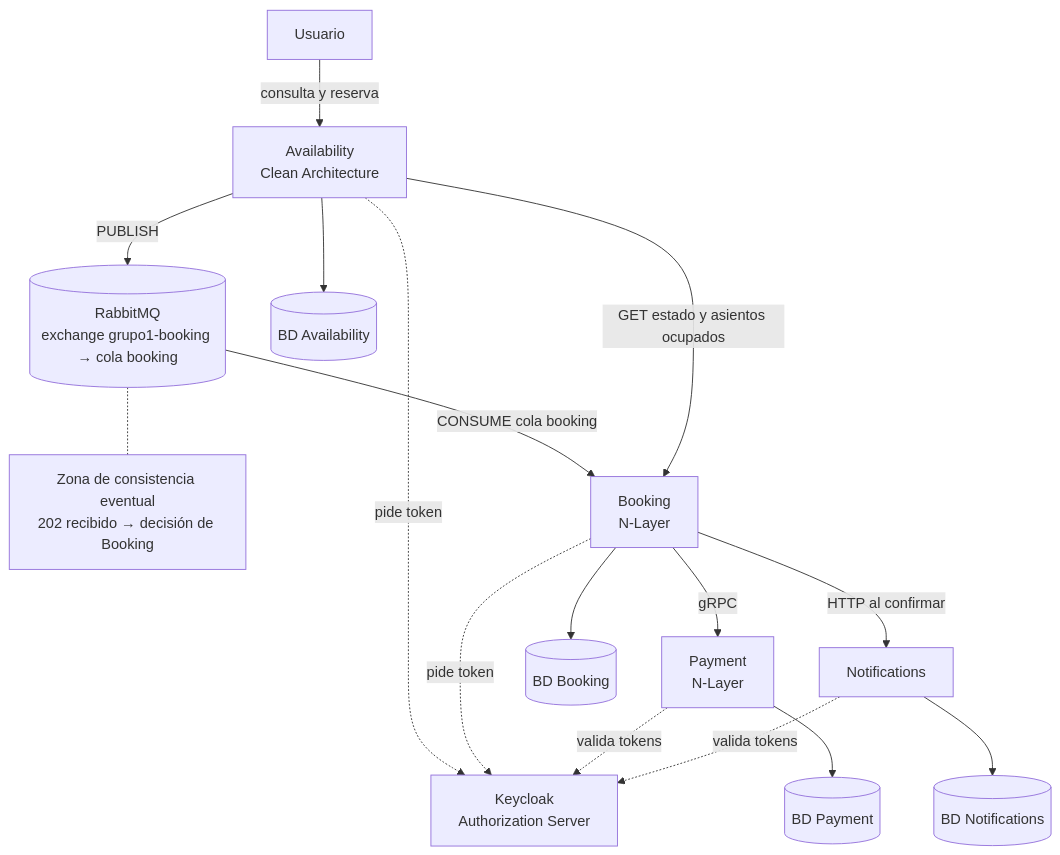
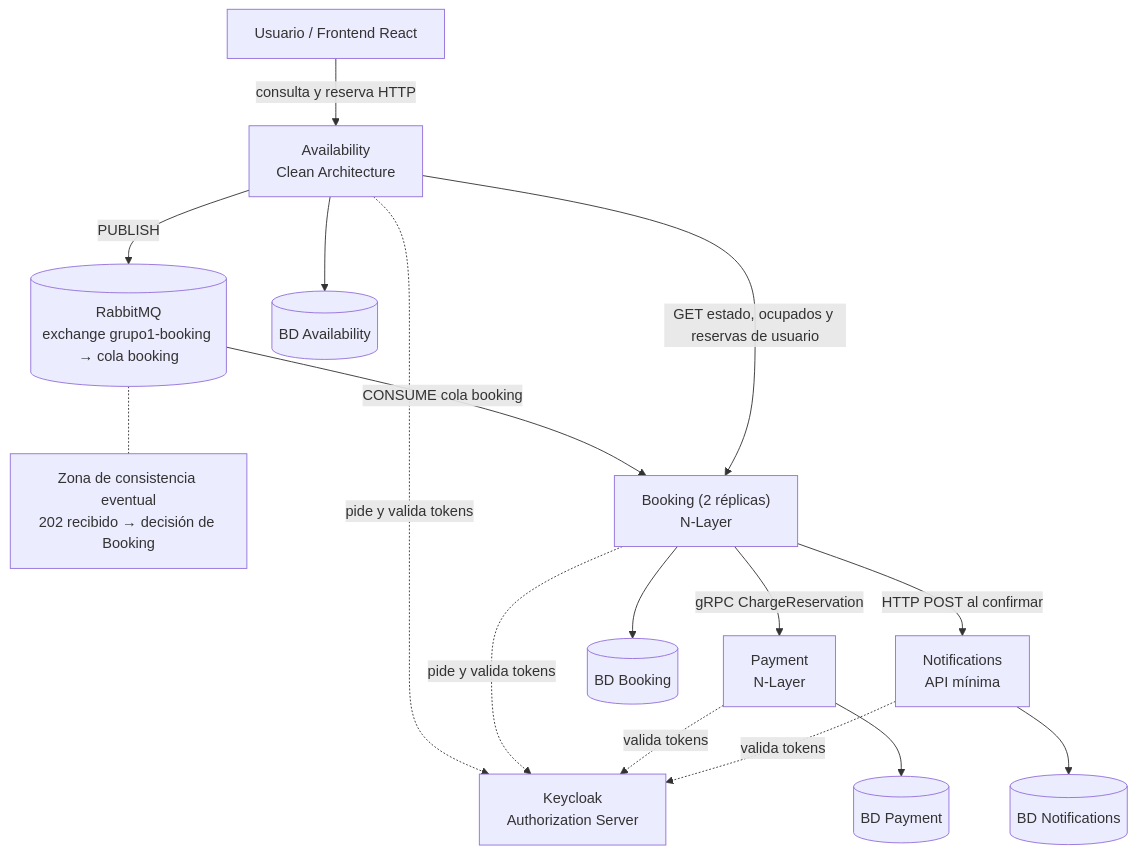
The diagram in seat-reservation/README.md (IgnacioKobylanski/ProgramacionIV-TP-Grupo-I), drawn with Mermaid before and after one commit. The commit also changed other lines of this file, not shown here.

````diff
--- a/seat-reservation/README.md
+++ b/seat-reservation/README.md
@@ -9,20 +9,18 @@
 ```mermaid
-
 graph TD
-    U["Usuario"] -->|consulta y reserva| A["Availability<br/>Clean Architecture"]
+    U["Usuario / Frontend React"] -->|consulta y reserva HTTP| A["Availability<br/>Clean Architecture"]
     A -->|PUBLISH| S[("RabbitMQ<br/>exchange grupo1-booking → cola booking")]
     S -.- EC["Zona de consistencia eventual<br/>202 recibido → decisión de Booking"]
-    S -->|CONSUME cola booking| B["Booking<br/>N-Layer"]
-    A -->|GET estado y asientos ocupados| B
-    B -->|gRPC| P["Payment<br/>N-Layer"]
-    B -->|HTTP al confirmar| N["Notifications"]
-    A -.->|pide token| K["Keycloak<br/>Authorization Server"]
-    B -.->|pide token| K
+    S -->|CONSUME cola booking| B["Booking (2 réplicas)<br/>N-Layer"]
+    A -->|GET estado, ocupados y reservas de usuario| B
+    B -->|gRPC ChargeReservation| P["Payment<br/>N-Layer"]
+    B -->|HTTP POST al confirmar| N["Notifications<br/>API mínima"]
+    A -.->|pide y valida tokens| K["Keycloak<br/>Authorization Server"]
+    B -.->|pide y valida tokens| K
     P -.->|valida tokens| K
     N -.->|valida tokens| K
     A --> DA[("BD Availability")]
     B --> DB[("BD Booking")]
     P --> DP[("BD Payment")]
     N --> DN[("BD Notifications")]
-
 ```
````
